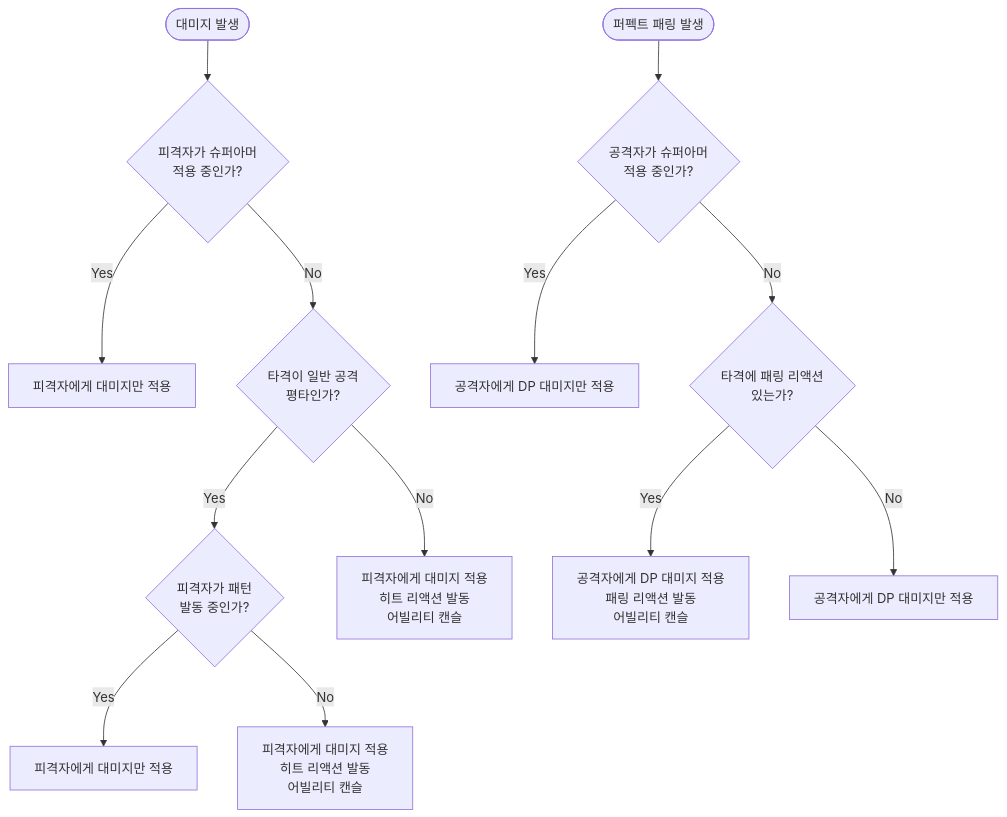
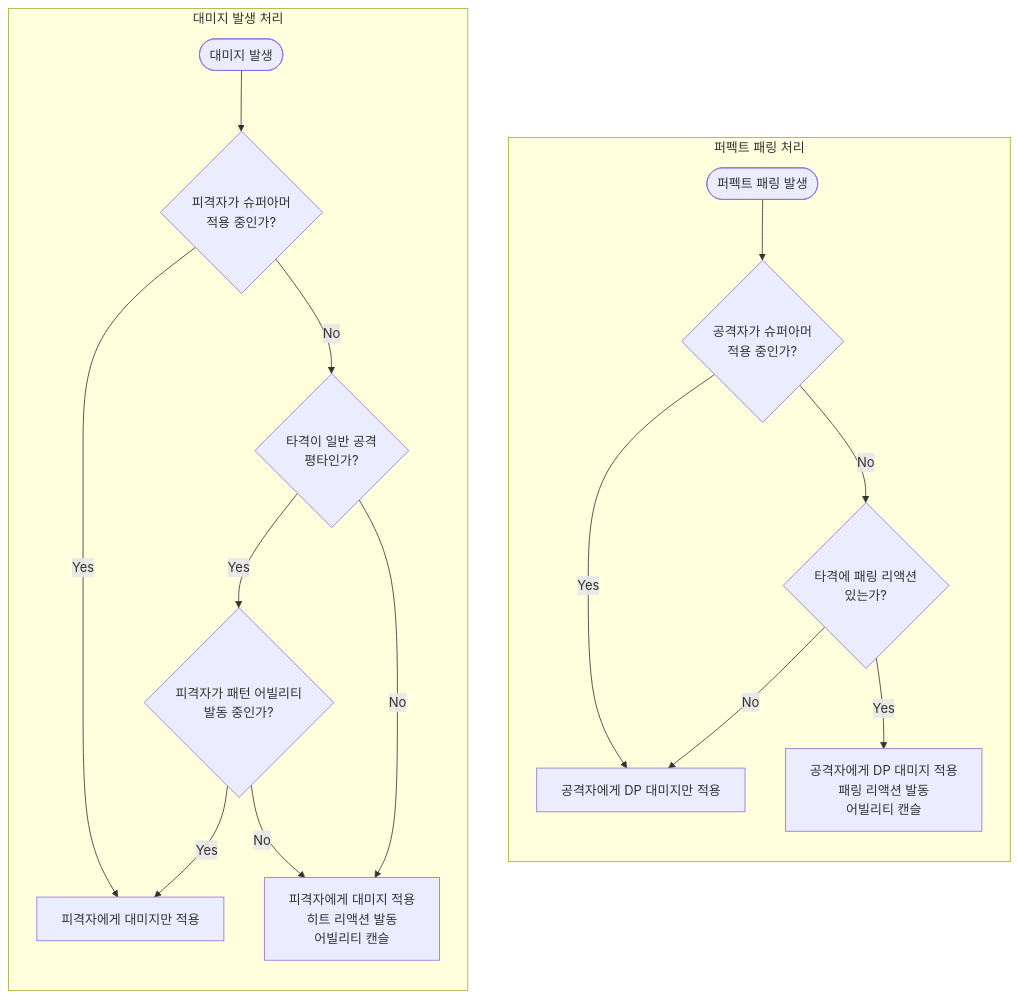
The diagram in Docs/Meeting/hit_react_feedback_2nd.md (Woogl/ProjectWx), drawn with Mermaid before and after one commit.

Commit message:
다이어그램 수정

````diff
--- a/Docs/Meeting/hit_react_feedback_2nd.md
+++ b/Docs/Meeting/hit_react_feedback_2nd.md
@@ -125,21 +125,23 @@
 ```mermaid
 flowchart TD
-  E1([대미지 발생]):::entry --> Q1{피격자가 슈퍼아머<br/>적용 중인가?}:::branch
+  subgraph PARRY[퍼펙트 패링 처리]
+    direction TD
+    E2([퍼펙트 패링 발생]):::entry --> Q4{공격자가 슈퍼아머<br/>적용 중인가?}:::branch
+    Q4 -- Yes --> RD2[공격자에게 DP 대미지만 적용]:::damageOnly
+    Q4 -- No --> Q5{타격에 패링 리액션<br/>있는가?}:::branch
+    Q5 -- No --> RD2
+    Q5 -- Yes --> RP[공격자에게 DP 대미지 적용<br/>패링 리액션 발동<br/>어빌리티 캔슬]:::result
+  end
 
-  Q1 -- Yes --> R1[피격자에게 대미지만 적용]:::result
-  Q1 -- No --> Q2{타격이 일반 공격<br/>평타인가?}:::branch
 
-  Q2 -- Yes --> Q3{피격자가 패턴<br/>발동 중인가?}:::branch
-  Q2 -- No --> R2[피격자에게 대미지 적용<br/>히트 리액션 발동<br/>어빌리티 캔슬]:::result
-
-  Q3 -- Yes --> R3[피격자에게 대미지만 적용]:::result
-  Q3 -- No --> R4[피격자에게 대미지 적용<br/>히트 리액션 발동<br/>어빌리티 캔슬]:::result
-
-  E2([퍼펙트 패링 발생]):::entry --> Q4{공격자가 슈퍼아머<br/>적용 중인가?}:::branch
-
-  Q4 -- Yes --> R5[공격자에게 DP 대미지만 적용]:::result
-  Q4 -- No --> Q5{타격에 패링 리액션<br/>있는가?}:::branch
-
-  Q5 -- Yes --> R6[공격자에게 DP 대미지 적용<br/>패링 리액션 발동<br/>어빌리티 캔슬]:::result
-  Q5 -- No --> R7[공격자에게 DP 대미지만 적용]:::result
+  subgraph DMG[대미지 발생 처리]
+    direction TD
+    E1([대미지 발생]):::entry --> Q1{피격자가 슈퍼아머<br/>적용 중인가?}:::branch
+    Q1 -- Yes --> RD1[피격자에게 대미지만 적용]:::damageOnly
+    Q1 -- No --> Q2{타격이 일반 공격<br/>평타인가?}:::branch
+    Q2 -- Yes --> Q3{피격자가 패턴 어빌리티<br/>발동 중인가?}:::branch
+    Q2 -- No --> RH1[피격자에게 대미지 적용<br/>히트 리액션 발동<br/>어빌리티 캔슬]:::result
+    Q3 -- Yes --> RD1
+    Q3 -- No --> RH1
+  end
 ```
````
